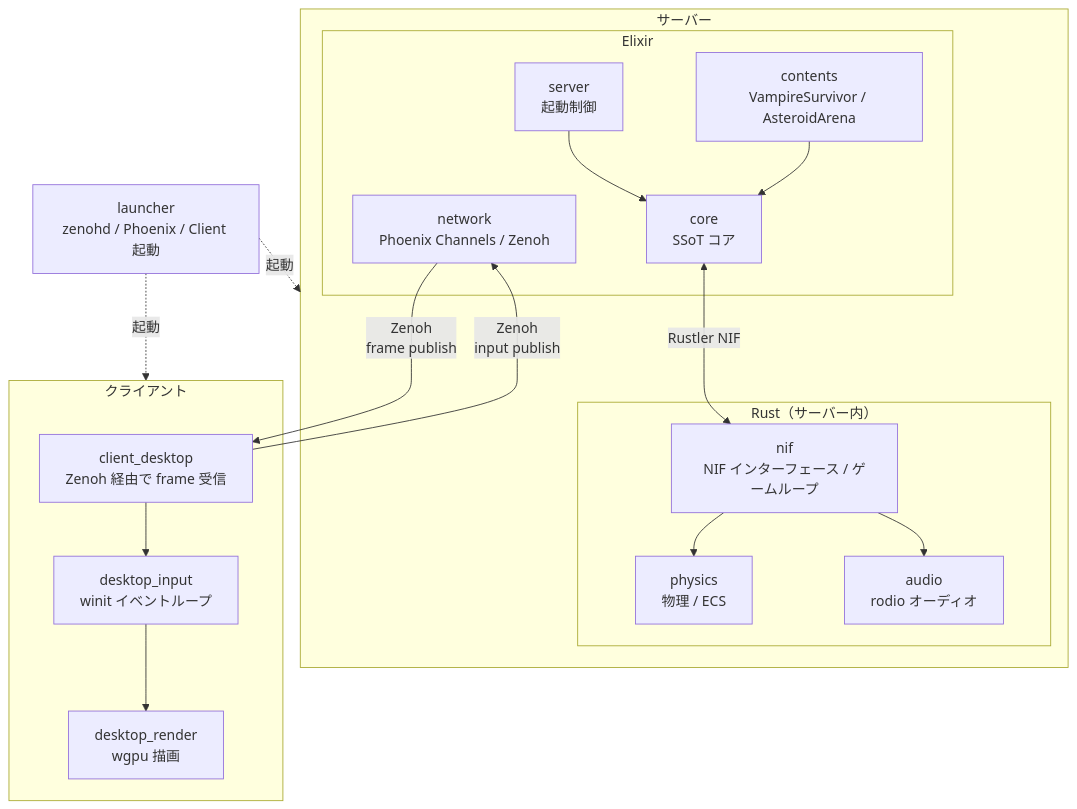
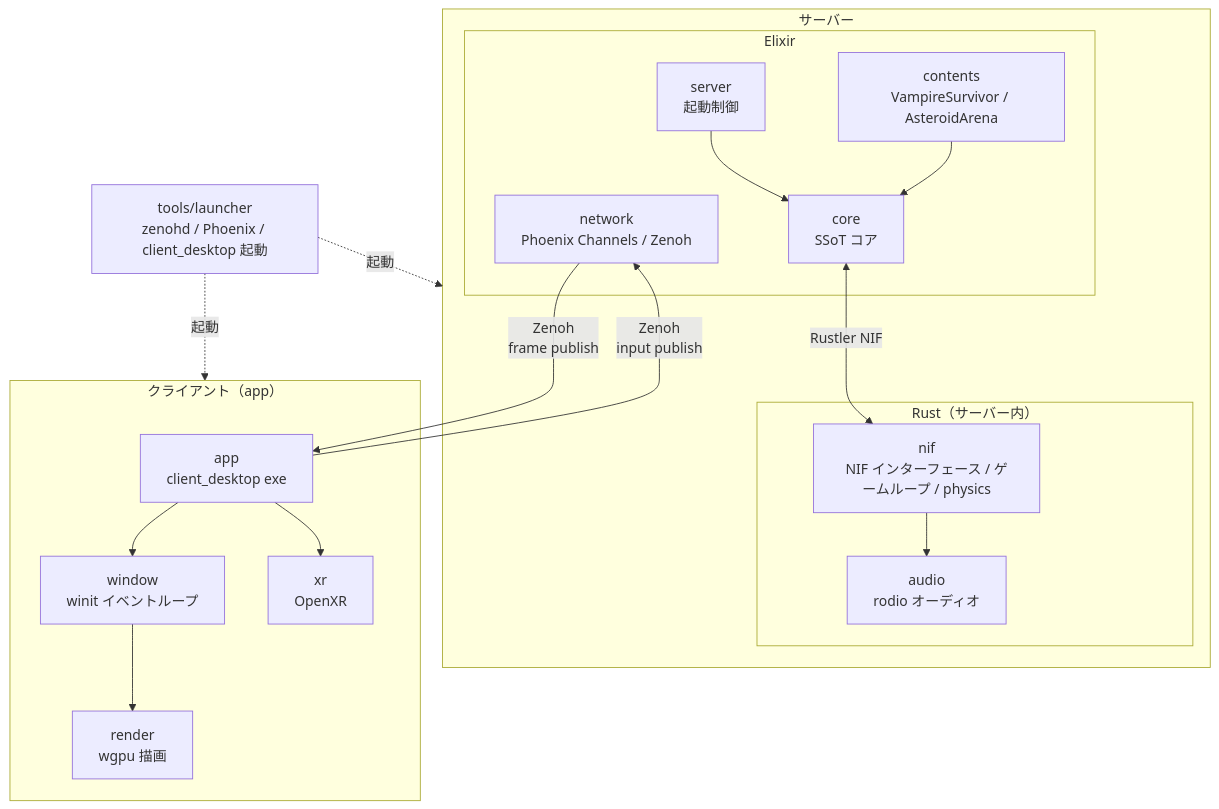
The first of 15 diagrams in docs/architecture/overview.md (FRICK-ELDY/alchemy-engine), drawn with Mermaid before and after one commit. The commit also changed other lines of this file and 19 other files, not shown here.

````diff
--- a/docs/architecture/overview.md
+++ b/docs/architecture/overview.md
@@ -14,36 +14,36 @@
 ```mermaid
 graph TB
     subgraph Server["サーバー"]
         subgraph Elixir["Elixir"]
             GS[server<br/>起動制御]
             GE[core<br/>SSoT コア]
             GC[contents<br/>VampireSurvivor / AsteroidArena]
             GN[network<br/>Phoenix Channels / Zenoh]
         end
         subgraph RustServer["Rust（サーバー内）"]
-            GNIF[nif<br/>NIF インターフェース / ゲームループ]
-            GSIM[physics<br/>物理 / ECS]
+            GNIF[nif<br/>NIF インターフェース / ゲームループ / physics]
             GAUDIO[audio<br/>rodio オーディオ]
         end
         GS --> GE
         GC --> GE
         GE <-->|Rustler NIF| GNIF
-        GNIF --> GSIM
         GNIF --> GAUDIO
     end
 
-    subgraph Client["クライアント"]
-        DCLIENT[client_desktop<br/>Zenoh 経由で frame 受信]
-        DINPUT[desktop_input<br/>winit イベントループ]
-        DRENDER[desktop_render<br/>wgpu 描画]
-        DCLIENT --> DINPUT
+    subgraph Client["クライアント（app）"]
+        APP[app<br/>client_desktop exe]
+        DINPUT[window<br/>winit イベントループ]
+        DRENDER[render<br/>wgpu 描画]
+        DXR[xr<br/>OpenXR]
+        APP --> DINPUT
+        APP --> DXR
         DINPUT --> DRENDER
     end
 
-    LAUNCHER[launcher<br/>zenohd / Phoenix / Client 起動]
+    LAUNCHER[tools/launcher<br/>zenohd / Phoenix / client_desktop 起動]
 
-    GN -->|Zenoh<br/>frame publish| DCLIENT
-    DCLIENT -->|Zenoh<br/>input publish| GN
+    GN -->|Zenoh<br/>frame publish| APP
+    APP -->|Zenoh<br/>input publish| GN
     LAUNCHER -.->|起動| Server
     LAUNCHER -.->|起動| Client
 ```
````
